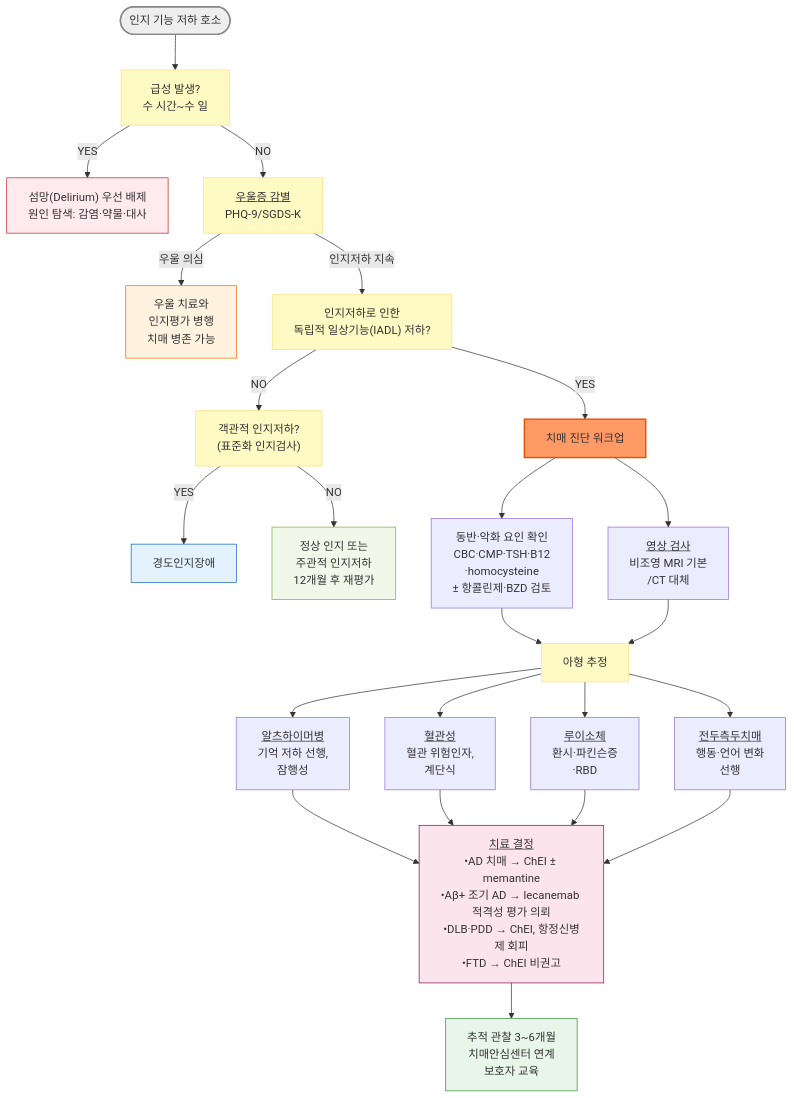
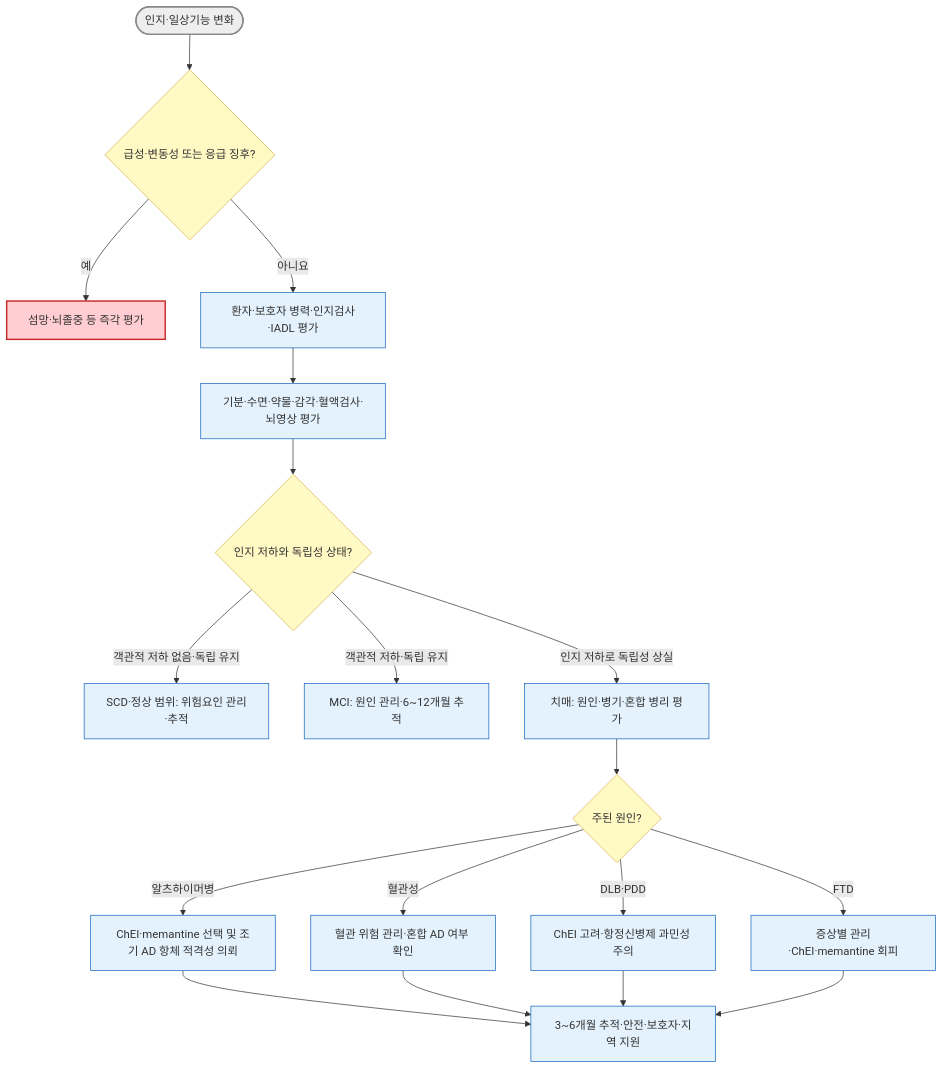
Before and after one commit to familyoh77/familyoh77: the diagram in 221_/033_-dementia.md, drawn with Mermaid. The commit also changed other lines of this file and 9 other files, not shown here.

````diff
--- a/221_/033_-dementia.md
+++ b/221_/033_-dementia.md
@@ -457,36 +457,28 @@
 ```mermaid
 flowchart TD
-    A(["인지 기능 저하 호소"]) --> B["급성 발생?<br/>수 시간~수 일"]
-    B -- YES --> C["섬망(Delirium) 우선 배제<br/>원인 탐색: 감염·약물·대사"]
-    B -- NO --> D["<u>우울증 감별</u><br/>PHQ-9/SGDS-K"]
-    D -- 우울 의심 --> E["우울 치료와 <br/>인지평가 병행<br/>치매 병존 가능"]
-    D -- 인지저하 지속 --> F["인지저하로 인한<br/>독립적 일상기능(IADL) 저하?"]
-    F -- NO --> G2["객관적 인지저하?<br/>(표준화 인지검사)"]
-    G2 -- YES --> G["경도인지장애"]
-    G2 -- NO --> R["정상 인지 또는<br/>주관적 인지저하<br/>12개월 후 재평가"]
-    F -- YES --> H["치매 진단 워크업"]
-    H --> I["동반·악화 요인 확인<br/>CBC·CMP·TSH·B12<br/>·homocysteine<br/>± 항콜린제·BZD 검토"]
-    H --> J["<u>영상 검사</u><br/>비조영 MRI 기본<br/>/CT 대체"]
-    I --> K["아형 추정"]
-    J --> K
-    K --> L["<u>알츠하이머병</u><br/>기억 저하 선행, <br/>잠행성"]
-    K --> M["<u>혈관성</u><br/>혈관 위험인자, <br/>계단식"]
-    K --> N["<u>루이소체</u><br/>환시·파킨슨증<br/>·RBD"]
-    K --> O["<u>전두측두치매</u><br/>행동·언어 변화 <br/>선행"]
-    L --> P["<u>치료 결정</u><br/>•AD 치매 → ChEI ± memantine<br/>•Aβ+ 조기 AD → lecanemab 적격성 평가 의뢰<br/>•DLB·PDD → ChEI, 항정신병제 회피<br/>•FTD → ChEI 비권고"]
-    M --> P
-    N --> P
-    O --> P
-    P --> Q["추적 관찰 3~6개월<br/>치매안심센터 연계<br/>보호자 교육"]
-    style A fill:#eeeeee,stroke:#888888,stroke-width:2px
-    classDef yellow fill:#fff9c4,stroke:#ffe082
-    class B,D,F,G2,K yellow
-    style H fill:#f96,stroke:#e65100,stroke-width:2px
-    style C fill:#ffebee,stroke:#c62828
-    style E fill:#fff3e0,stroke:#ef6c00
-    style G fill:#e3f2fd,stroke:#1565c0
-    style R fill:#f1f8e9,stroke:#7cb342
-    style P fill:#fce4ec,stroke:#880e4f
-    style Q fill:#e8f5e9,stroke:#388e3c
-
+    A(["인지·일상기능 변화"]) --> B{"급성·변동성 또는 응급 징후?"}
+    B -- "예" --> C["섬망·뇌졸중 등 즉각 평가"]
+    B -- "아니요" --> D["환자·보호자 병력·인지검사·IADL 평가"]
+    D --> E["기분·수면·약물·감각·혈액검사·뇌영상 평가"]
+    E --> F{"인지 저하와 독립성 상태?"}
+    F -- "객관적 저하 없음·독립 유지" --> S["SCD·정상 범위: 위험요인 관리·추적"]
+    F -- "객관적 저하·독립 유지" --> M["MCI: 원인 관리·6~12개월 추적"]
+    F -- "인지 저하로 독립성 상실" --> T["치매: 원인·병기·혼합 병리 평가"]
+    T --> Q{"주된 원인?"}
+    Q -- "알츠하이머병" --> AD["ChEI·memantine 선택 및 조기 AD 항체 적격성 의뢰"]
+    Q -- "혈관성" --> V["혈관 위험 관리·혼합 AD 여부 확인"]
+    Q -- "DLB·PDD" --> L["ChEI 고려·항정신병제 과민성 주의"]
+    Q -- "FTD" --> FT["증상별 관리·ChEI·memantine 회피"]
+    AD --> U["3~6개월 추적·안전·보호자·지역 지원"]
+    V --> U
+    L --> U
+    FT --> U
+    classDef start fill:#eee,stroke:#888,stroke-width:2px
+    classDef decision fill:#fff9c4,stroke:#d6b656
+    classDef emergency fill:#ffcdd2,stroke:#c62828,stroke-width:2px
+    classDef treatment fill:#e3f2fd,stroke:#1565c0
+    class A start
+    class B,F,Q decision
+    class C emergency
+    class D,E,S,M,T,AD,V,L,FT,U treatment
 ```
````
